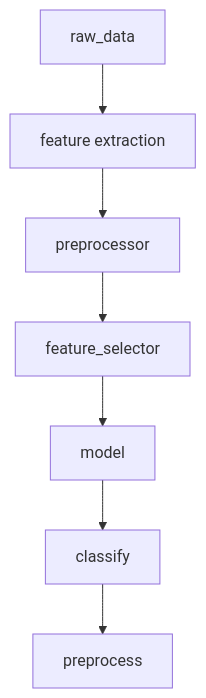
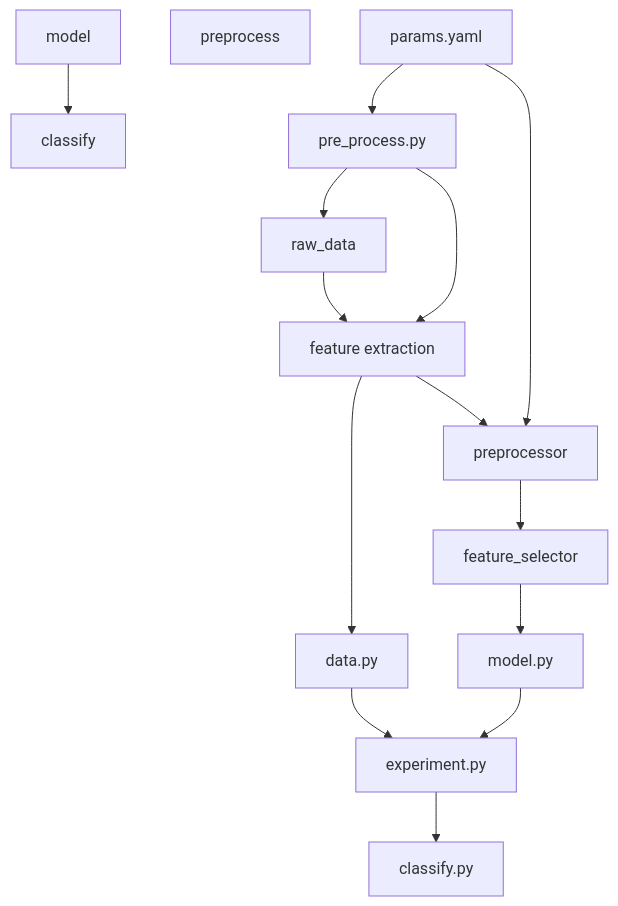
The diagram in README.md (simplymathematics/as_activity_recognition), drawn with Mermaid before and after one commit.

````diff
--- a/README.md
+++ b/README.md
@@ -9,11 +9,24 @@
 ```mermaid
 flowchart TD
 	node1["raw_data"]
 	node2["feature extraction"]
 	node3["preprocessor"]
 	node4["feature_selector"]
 	node5["model"]
 	node6["classify"]
 	node7["preprocess"]
-	node1-->node2-->node3-->node4-->node5-->node6-->node7
+	node8["pre_process.py"]
+	node9["classify.py"]
+	node10["data.py"]
+	node11["model.py"]
+	node12["experiment.py"]
+	node13["params.yaml"]
+	node1-->node2-->node3-->node4-->node11
+	node5-->node6
+	node13-->node8-->node1
+	node8-->node2
+	node13-->node3
+	node10-->node12
+	node11-->node12-->node9
+	node2-->node10
 ```
````
